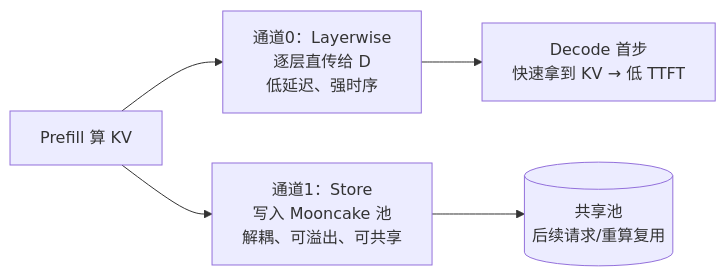
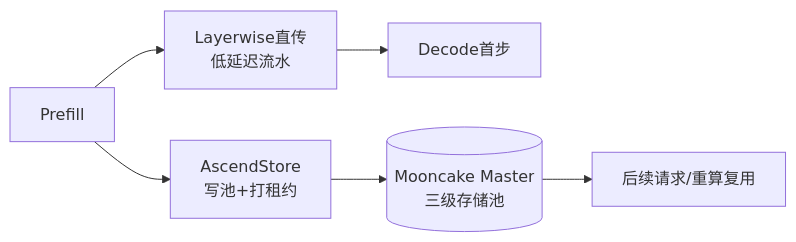
The third of 3 diagrams in docs/topics/kv-cache-affinity.md (Lyr-GW/interview-docs), drawn with Mermaid before and after one commit. The commit also changed other lines of this file and 19 other files, not shown here.

````diff
--- a/docs/topics/kv-cache-affinity.md
+++ b/docs/topics/kv-cache-affinity.md
@@ -733,7 +106,8 @@
 ```mermaid
 flowchart LR
-    P["Prefill 算 KV"] --> L["通道0：Layerwise<br/>逐层直传给 D<br/>低延迟、强时序"]
-    P --> S["通道1：Store<br/>写入 Mooncake 池<br/>解耦、可溢出、可共享"]
-    L --> D["Decode 首步<br/>快速拿到 KV → 低 TTFT"]
-    S --> POOL[(共享池<br/>后续请求/重算复用)]
+    P[Prefill] --> L[Layerwise直传<br/>低延迟流水]
+    P --> S[AscendStore<br/>写池+打租约]
+    L --> D[Decode首步]
+    S --> POOL[(Mooncake Master<br/>三级存储池)]
+    POOL --> D2[后续请求/重算复用]
 ```
````
